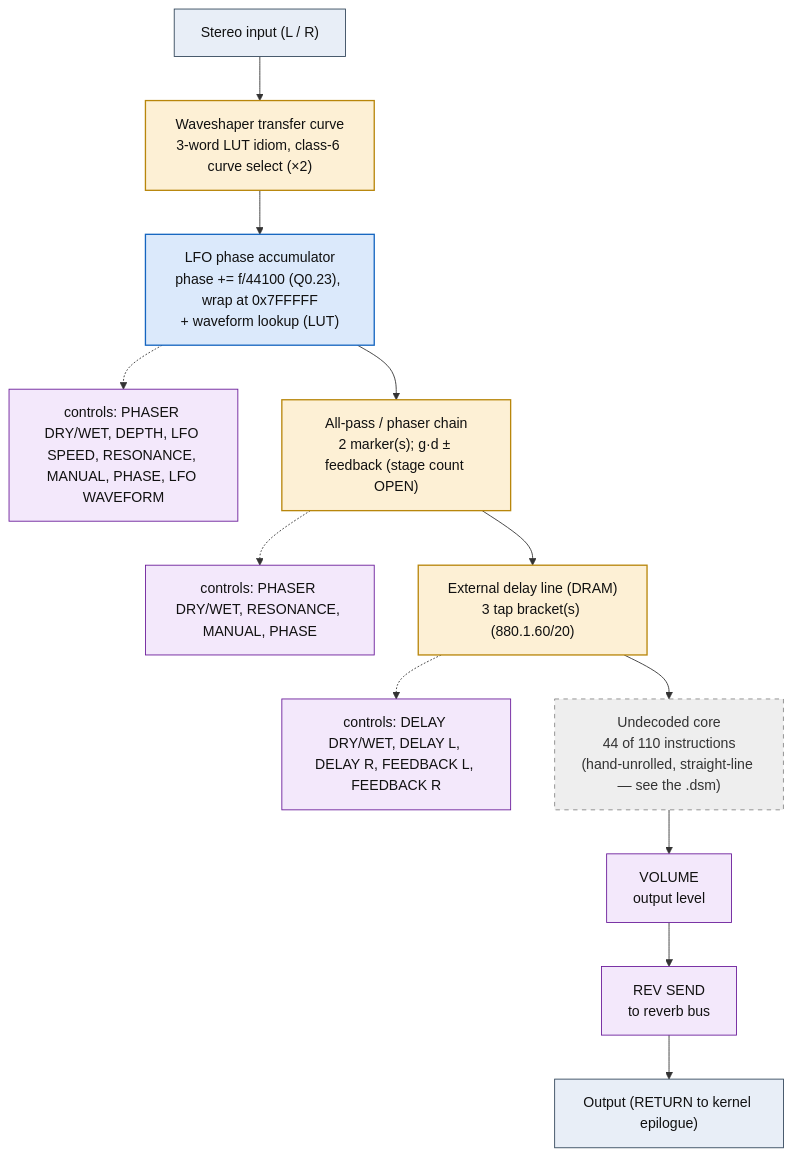
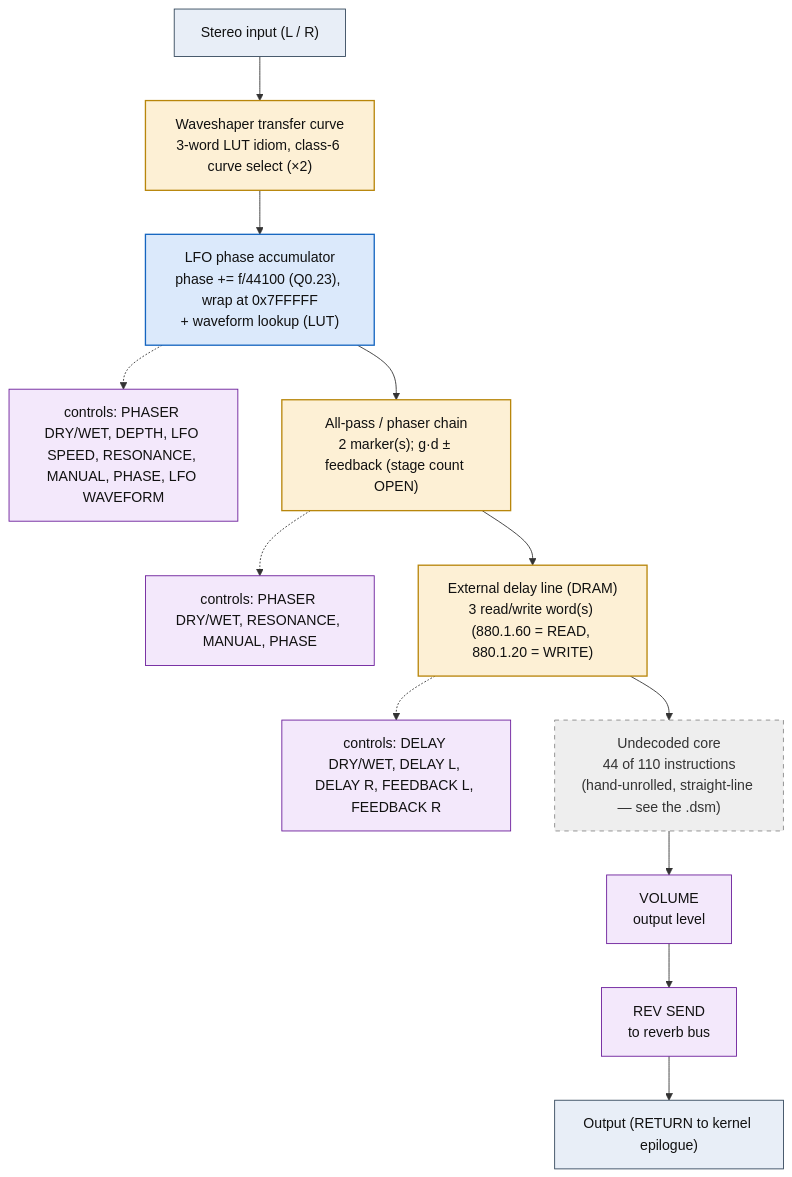
Before and after one commit to ArqueologiaDigital/kn5000-roms-disasm: the diagram in dsp/flowcharts/prog68_s_delay_phaser.md, drawn with Mermaid. The commit also changed other lines of this file and 86 other files, not shown here.

````diff
--- a/dsp/flowcharts/prog68_s_delay_phaser.md
+++ b/dsp/flowcharts/prog68_s_delay_phaser.md
@@ -12,38 +12,38 @@
 ```mermaid
 flowchart TD
     N0["Stereo input (L / R)"]
     N1["Waveshaper transfer curve<br/>3-word LUT idiom, class-6 curve select (&times;2)"]
     N0 --> N1
     N2["LFO phase accumulator<br/>phase += f/44100 (Q0.23), wrap at 0x7FFFFF<br/>+ waveform lookup (LUT)"]
     N1 --> N2
     N3["controls: PHASER DRY/WET, DEPTH, LFO SPEED, RESONANCE, MANUAL, PHASE, LFO WAVEFORM"]
     N2 -.-> N3
     N4["All-pass / phaser chain<br/>2 marker(s); g&middot;d &plusmn; feedback (stage count OPEN)"]
     N2 --> N4
     N5["controls: PHASER DRY/WET, RESONANCE, MANUAL, PHASE"]
     N4 -.-> N5
-    N6["External delay line (DRAM)<br/>3 tap bracket(s) (880.1.60/20)"]
+    N6["External delay line (DRAM)<br/>3 read/write word(s) (880.1.60 = READ, 880.1.20 = WRITE)"]
     N4 --> N6
     N7["controls: DELAY DRY/WET, DELAY L, DELAY R, FEEDBACK L, FEEDBACK R"]
     N6 -.-> N7
     N8["Undecoded core<br/>44 of 110 instructions<br/>(hand-unrolled, straight-line &mdash; see the .dsm)"]
     N6 --> N8
     N9["VOLUME<br/>output level"]
     N8 --> N9
     N10["REV SEND<br/>to reverb bus"]
     N9 --> N10
     N11["Output (RETURN to kernel epilogue)"]
     N10 --> N11
 
     classDef io fill:#e8eef7,stroke:#33475b,stroke-width:1px,color:#111;
     classDef proven fill:#d7f0d7,stroke:#2e7d32,stroke-width:2px,color:#111;
     classDef measured fill:#dbe9fb,stroke:#1565c0,stroke-width:1.5px,color:#111;
     classDef inferred fill:#fdf0d5,stroke:#b8860b,stroke-width:1.5px,color:#111;
     classDef open fill:#eeeeee,stroke:#888,stroke-width:1px,color:#333,stroke-dasharray:5 5;
     classDef ctrl fill:#f3e8fb,stroke:#6a1b9a,stroke-width:1px,color:#111;
     class N0,N11 io;
     class N1,N4,N6 inferred;
     class N2 measured;
     class N3,N5,N7,N9,N10 ctrl;
     class N8 open;
 ```
````
